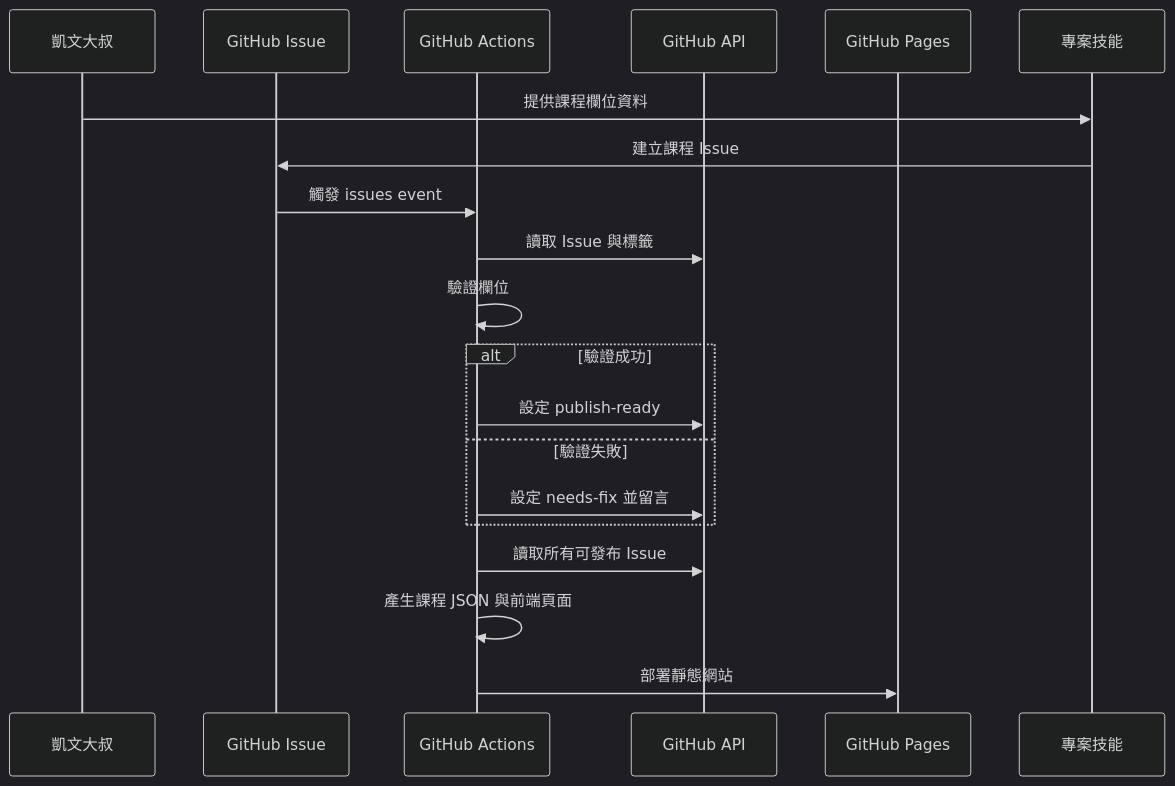
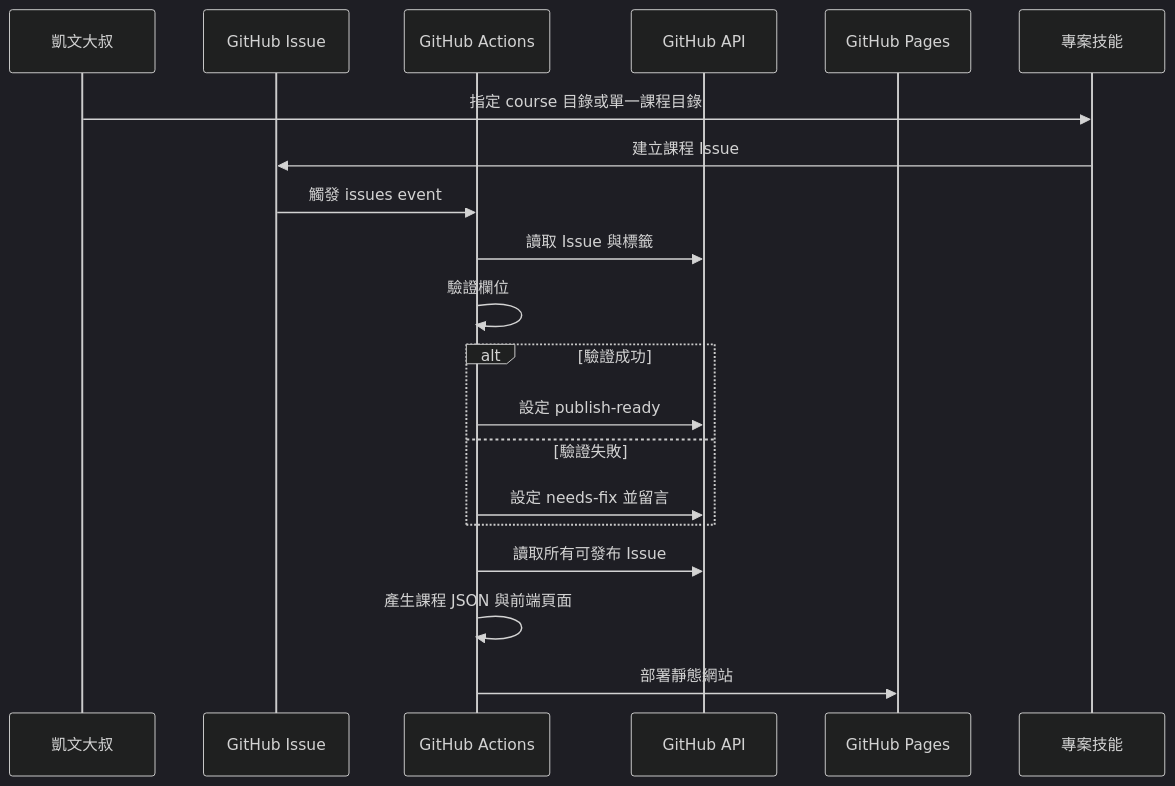
One commit to kevintsai1202/course-schedule changed the eighth of 12 diagrams in spec.md. Above: the diagram before and after it, drawn with Mermaid (dark theme). The commit also changed other lines of this file and 17 other files, not shown here.

````diff
--- a/spec.md
+++ b/spec.md
@@ -189,23 +230,23 @@
 ```mermaid
 sequenceDiagram
     participant User as 凱文大叔
     participant Issue as GitHub Issue
     participant Action as GitHub Actions
     participant API as GitHub API
     participant Pages as GitHub Pages
     participant Skill as 專案技能
 
-    User->>Skill: 提供課程欄位資料
+    User->>Skill: 指定 course 目錄或單一課程目錄
     Skill->>Issue: 建立課程 Issue
     Issue->>Action: 觸發 issues event
     Action->>API: 讀取 Issue 與標籤
     Action->>Action: 驗證欄位
     alt 驗證成功
         Action->>API: 設定 publish-ready
     else 驗證失敗
         Action->>API: 設定 needs-fix 並留言
     end
     Action->>API: 讀取所有可發布 Issue
     Action->>Action: 產生課程 JSON 與前端頁面
     Action->>Pages: 部署靜態網站
 ```
````
